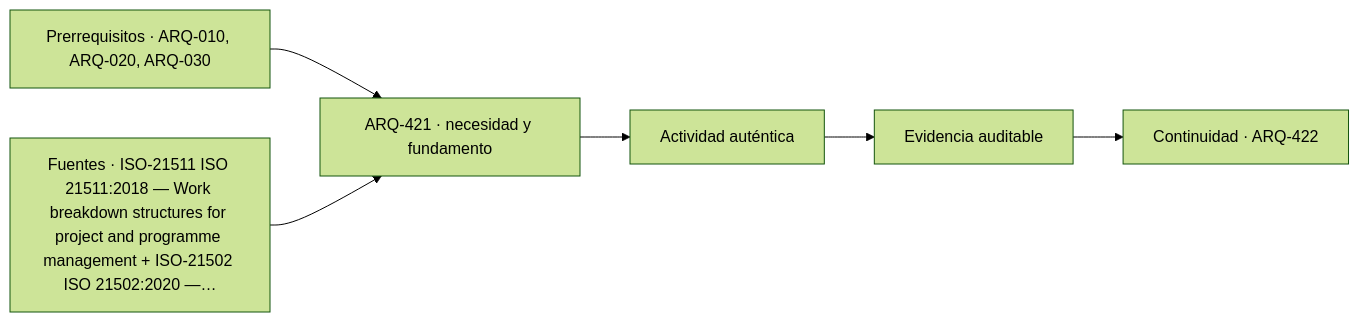
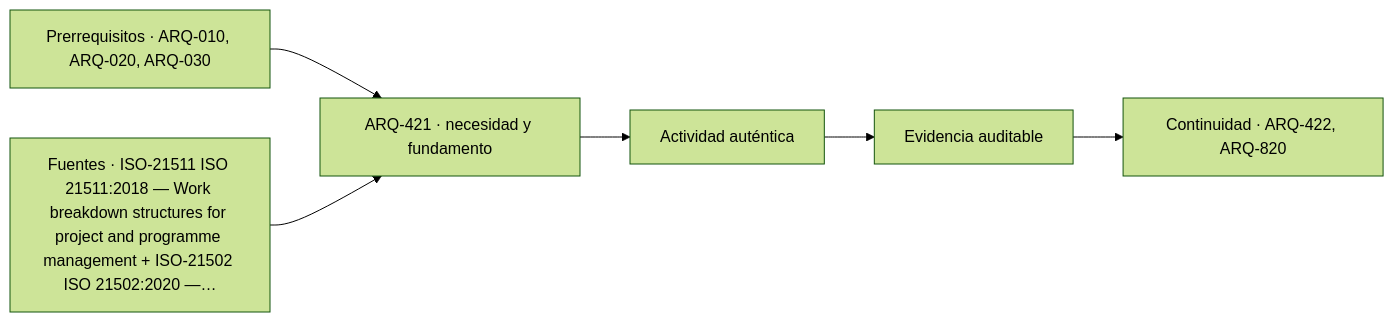
The diagram in classes/parte-43/ARQ-421.md (vladimiracunadev-create/architecture-built-environment-learning-program), drawn with Mermaid (forest theme) before and after one commit. The commit also changed other lines of this file and 234 other files, not shown here.

````diff
--- a/classes/parte-43/ARQ-421.md
+++ b/classes/parte-43/ARQ-421.md
@@ -87,8 +87,8 @@
 ```mermaid
 flowchart LR
     A["Prerrequisitos · ARQ-010, ARQ-020, ARQ-030"] --> B["ARQ-421 · necesidad y fundamento"]
     S["Fuentes · ISO-21511 ISO 21511:2018 — Work breakdown structures for project and programme management + ISO-21502 ISO 21502:2020 —…"] --> B
     B --> C["Actividad auténtica"]
     C --> D["Evidencia auditable"]
-    D --> E["Continuidad · ARQ-422"]
+    D --> E["Continuidad · ARQ-422, ARQ-820"]
 ```
````
